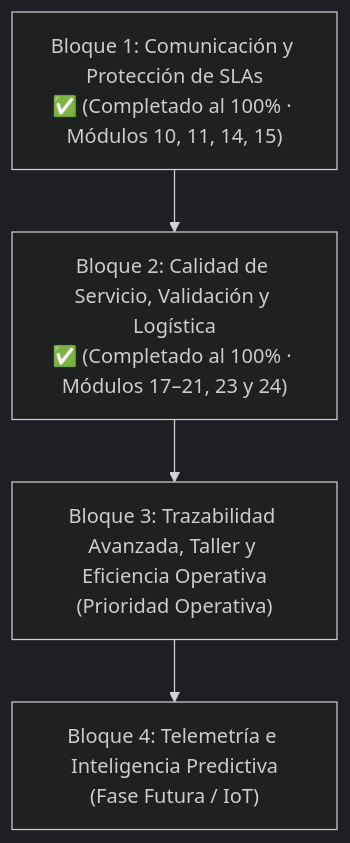
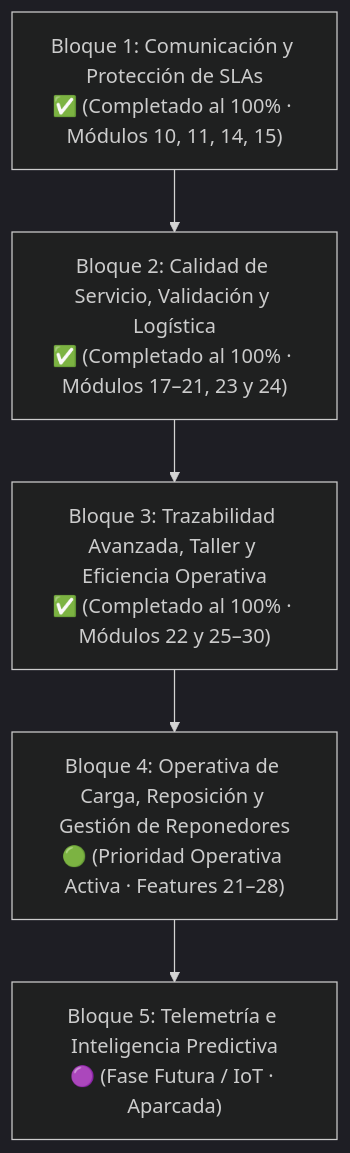
One commit to Rugsoft/VendGuard changed the diagram in docs/features_pendientes.md. Above: the diagram before and after it, drawn with Mermaid (dark theme). The commit also changed other lines of this file and 6 other files, not shown here.

````diff
--- a/docs/features_pendientes.md
+++ b/docs/features_pendientes.md
@@ -40,6 +40,7 @@
 ```mermaid
 flowchart TD
     B1["Bloque 1: Comunicación y Protección de SLAs<br>✅ (Completado al 100% · Módulos 10, 11, 14, 15)"] --> B2["Bloque 2: Calidad de Servicio, Validación y Logística<br>✅ (Completado al 100% · Módulos 17–21, 23 y 24)"]
-    B2 --> B3["Bloque 3: Trazabilidad Avanzada, Taller y Eficiencia Operativa<br>(Prioridad Operativa)"]
-    B3 --> B4["Bloque 4: Telemetría e Inteligencia Predictiva<br>(Fase Futura / IoT)"]
+    B2 --> B3["Bloque 3: Trazabilidad Avanzada, Taller y Eficiencia Operativa<br>✅ (Completado al 100% · Módulos 22 y 25–30)"]
+    B3 --> B4["Bloque 4: Operativa de Carga, Reposición y Gestión de Reponedores<br>🟢 (Prioridad Operativa Activa · Features 21–28)"]
+    B4 --> B5["Bloque 5: Telemetría e Inteligencia Predictiva<br>🟣 (Fase Futura / IoT · Aparcada)"]
 ```
````
